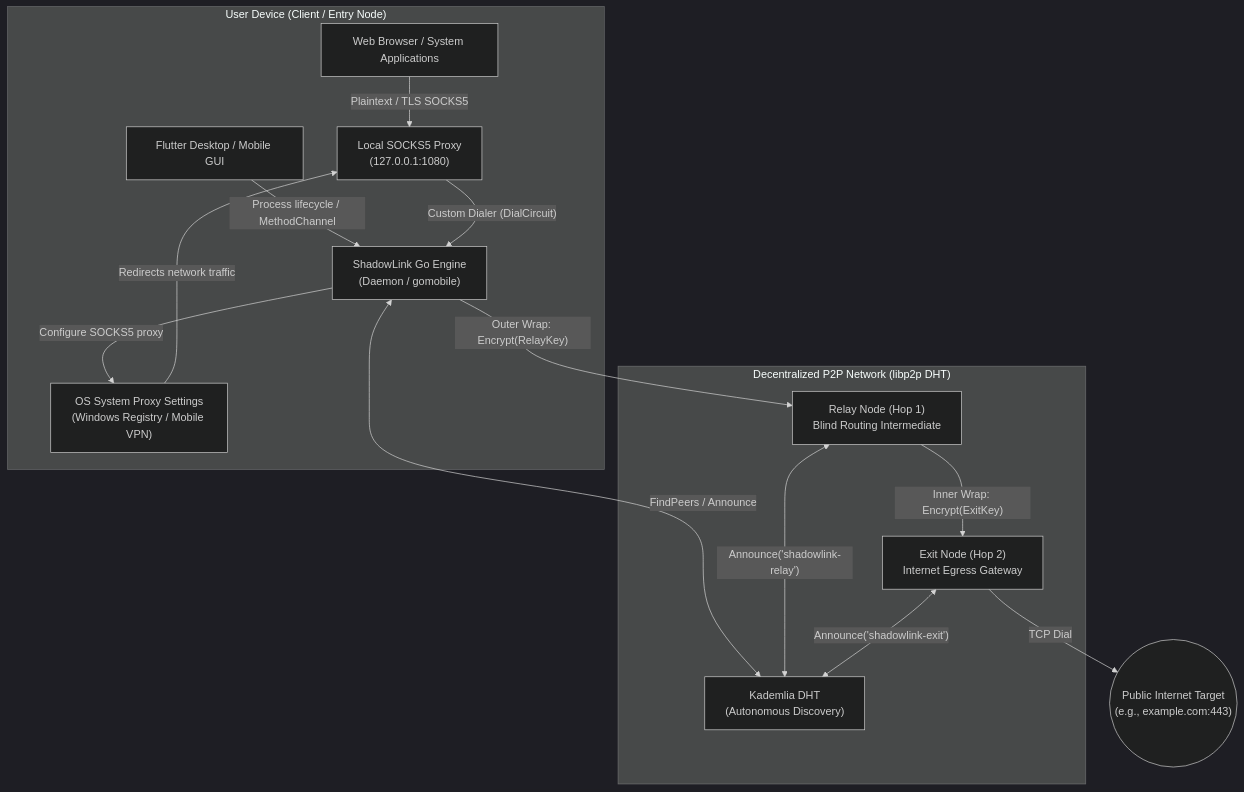
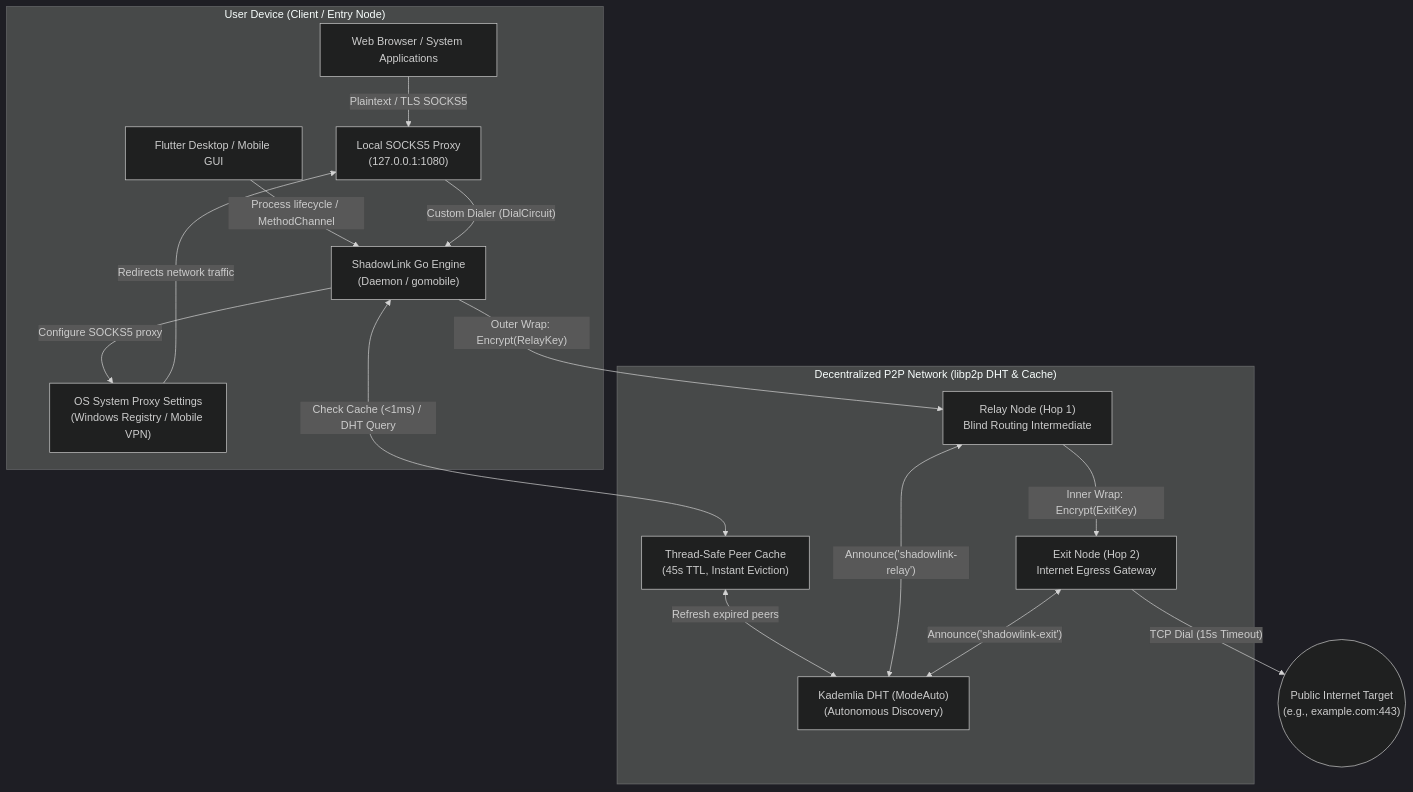
Before and after one commit to TUSHAR91316/ShadowLink: the first of 4 diagrams in ARCHITECTURE.md, drawn with Mermaid (dark theme). The commit also changed other lines of this file and 5 other files, not shown here.

Commit message:
docs: update architecture, release notes, and benchmarks with peer caching and zero-allocation engine

````diff
--- a/ARCHITECTURE.md
+++ b/ARCHITECTURE.md
@@ -9,32 +9,34 @@
 ```mermaid
 graph TD
     subgraph "User Device (Client / Entry Node)"
         App["Web Browser / System Applications"]
         GUI["Flutter Desktop / Mobile GUI"]
         SOCKS["Local SOCKS5 Proxy\n(127.0.0.1:1080)"]
         Core["ShadowLink Go Engine\n(Daemon / gomobile)"]
         SysProxy["OS System Proxy Settings\n(Windows Registry / Mobile VPN)"]
     end
 
-    subgraph "Decentralized P2P Network (libp2p DHT)"
+    subgraph "Decentralized P2P Network (libp2p DHT & Cache)"
+        PeerCache["Thread-Safe Peer Cache\n(45s TTL, Instant Eviction)"]
         RelayNode["Relay Node (Hop 1)\nBlind Routing Intermediate"]
         ExitNode["Exit Node (Hop 2)\nInternet Egress Gateway"]
-        DHT["Kademlia DHT\n(Autonomous Discovery)"]
+        DHT["Kademlia DHT (ModeAuto)\n(Autonomous Discovery)"]
     end
 
     Internet(("Public Internet Target\n(e.g., example.com:443)"))
 
     App -->|"Plaintext / TLS SOCKS5"| SOCKS
     GUI -->|"Process lifecycle / MethodChannel"| Core
     Core -->|"Configure SOCKS5 proxy"| SysProxy
     SysProxy -->|"Redirects network traffic"| SOCKS
     SOCKS -->|"Custom Dialer (DialCircuit)"| Core
 
-    Core <-->|"FindPeers / Announce"| DHT
+    Core <-->|"Check Cache (<1ms) / DHT Query"| PeerCache
+    PeerCache <-->|"Refresh expired peers"| DHT
     RelayNode <-->|"Announce('shadowlink-relay')"| DHT
     ExitNode <-->|"Announce('shadowlink-exit')"| DHT
 
     Core -->|"Outer Wrap: Encrypt(RelayKey)"| RelayNode
     RelayNode -->|"Inner Wrap: Encrypt(ExitKey)"| ExitNode
-    ExitNode -->|"TCP Dial"| Internet
+    ExitNode -->|"TCP Dial (15s Timeout)"| Internet
 ```
````
